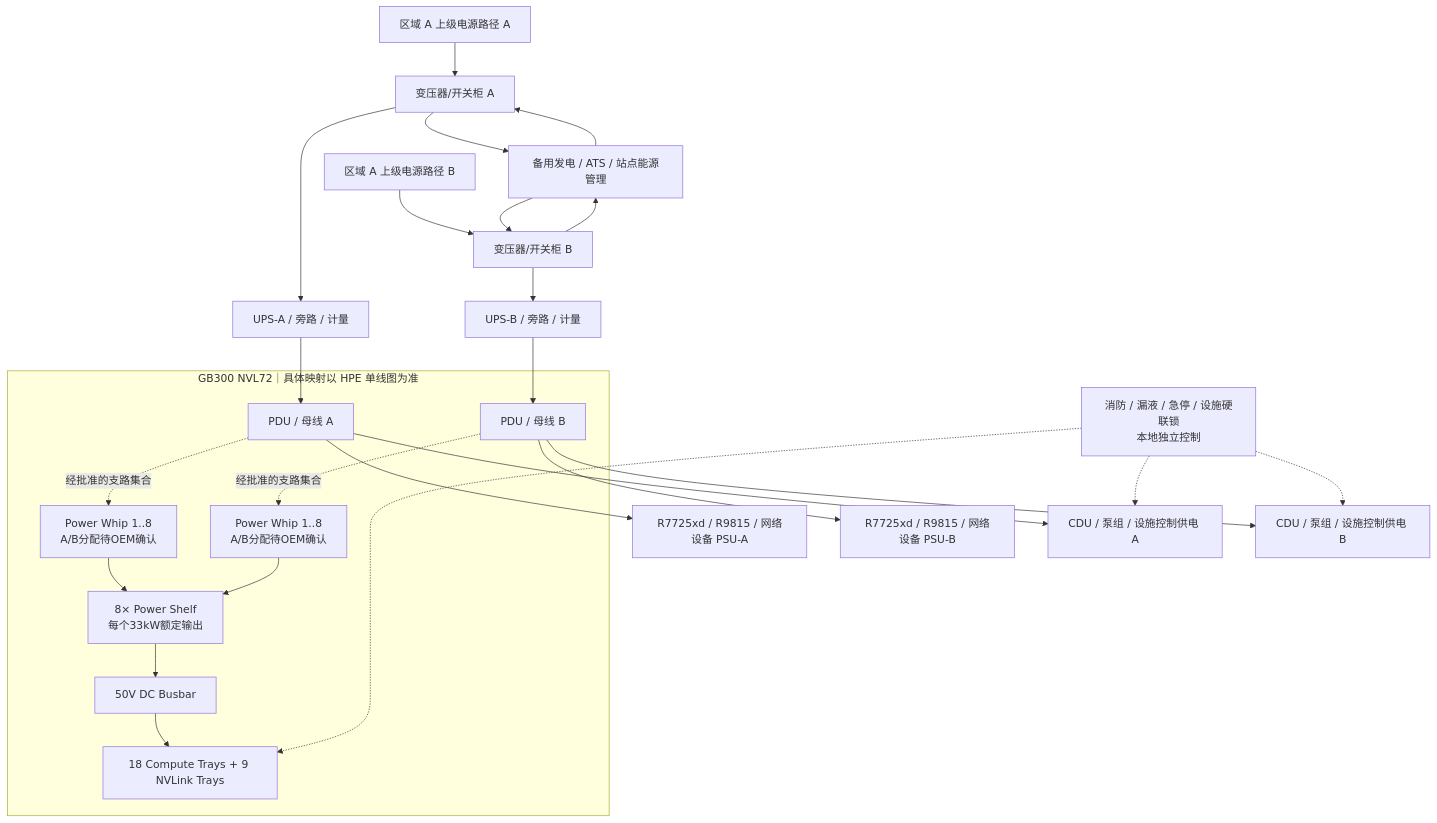
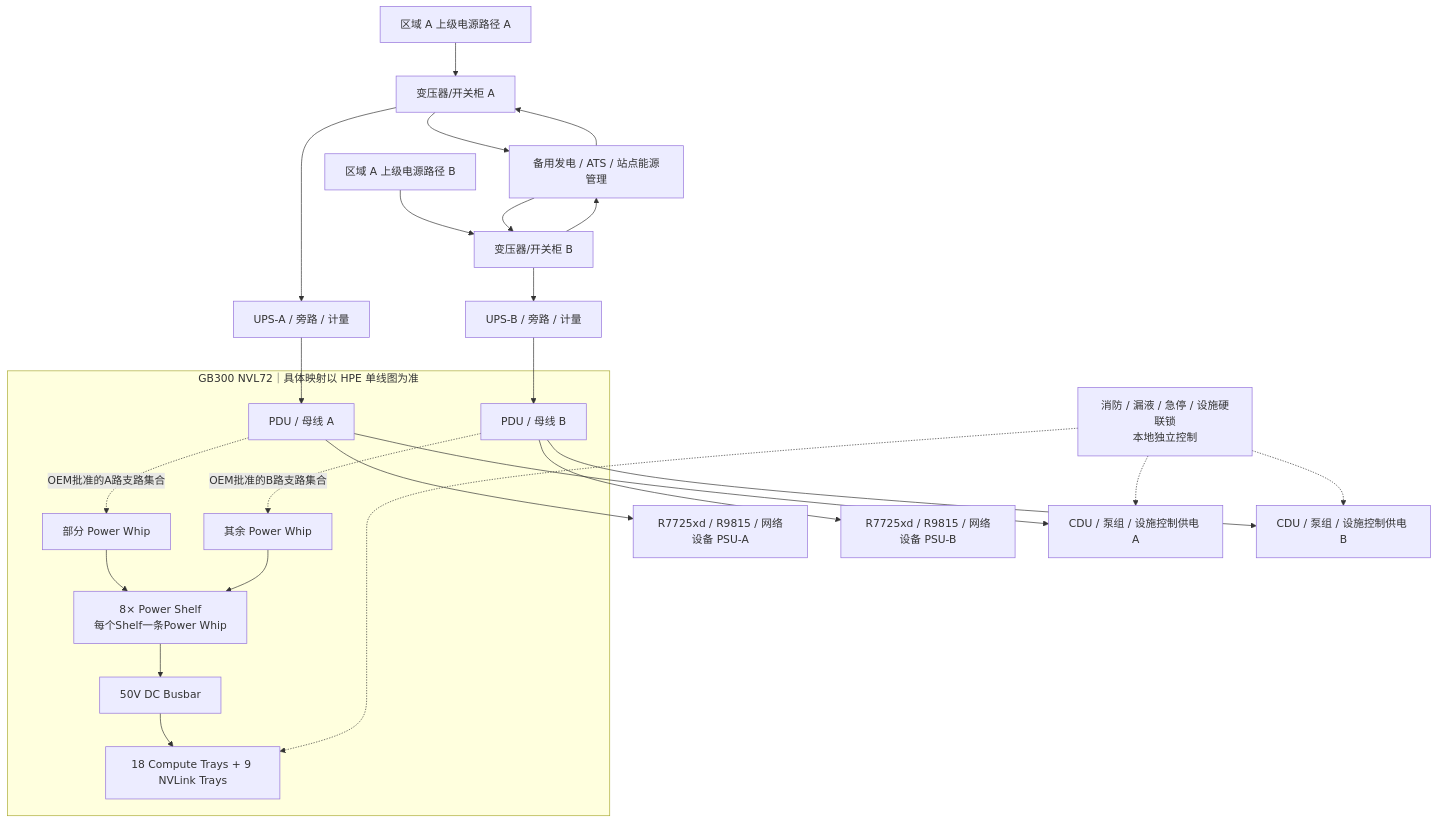
Before and after one commit to yixuan2016/Personal_AI_Infrastructure: the diagram in Architecture-Research/Computing-Infrastructure/10-G2-06.11-Network-Power-Cooling-TCO-RC0/diagrams/G2-06.11_供电单线图.mmd, drawn with Mermaid.

Commit message:
docs(compute-base): clarify NVL72 port mapping and infrastructure diagrams

```diff
--- a/Architecture-Research/Computing-Infrastructure/10-G2-06.11-Network-Power-Cooling-TCO-RC0/diagrams/G2-06.11_供电单线图.mmd
+++ b/Architecture-Research/Computing-Infrastructure/10-G2-06.11-Network-Power-Cooling-TCO-RC0/diagrams/G2-06.11_供电单线图.mmd
@@ -1,31 +1,31 @@
 flowchart TB
   UA["区域 A 上级电源路径 A"] --> SWA["变压器/开关柜 A"]
   UB["区域 A 上级电源路径 B"] --> SWB["变压器/开关柜 B"]
   SWA --> UPSA["UPS-A / 旁路 / 计量"]
   SWB --> UPSB["UPS-B / 旁路 / 计量"]
   UPSA --> PDUA["PDU / 母线 A"]
   UPSB --> PDUB["PDU / 母线 B"]
 
   subgraph GPU["GB300 NVL72｜具体映射以 HPE 单线图为准"]
-    PDUA -.->|"经批准的支路集合"| WHIPA["Power Whip 1..8<br/>A/B分配待OEM确认"]
-    PDUB -.->|"经批准的支路集合"| WHIPB["Power Whip 1..8<br/>A/B分配待OEM确认"]
-    WHIPA --> PS["8× Power Shelf<br/>每个33kW额定输出"]
+    PDUA -.->|"OEM批准的A路支路集合"| WHIPA["部分 Power Whip"]
+    PDUB -.->|"OEM批准的B路支路集合"| WHIPB["其余 Power Whip"]
+    WHIPA --> PS["8× Power Shelf<br/>每个Shelf一条Power Whip"]
     WHIPB --> PS
     PS --> BUS["50V DC Busbar"]
     BUS --> RACK["18 Compute Trays + 9 NVLink Trays"]
   end
 
   PDUA --> SERVA["R7725xd / R9815 / 网络设备 PSU-A"]
   PDUB --> SERVB["R7725xd / R9815 / 网络设备 PSU-B"]
 
   PDUA --> CDU_A["CDU / 泵组 / 设施控制供电 A"]
   PDUB --> CDU_B["CDU / 泵组 / 设施控制供电 B"]
 
   SWA --> GEN["备用发电 / ATS / 站点能源管理"]
   SWB --> GEN
   GEN --> SWA
   GEN --> SWB
 
   SAFETY["消防 / 漏液 / 急停 / 设施硬联锁<br/>本地独立控制"] -.-> CDU_A
   SAFETY -.-> CDU_B
   SAFETY -.-> RACK
```
